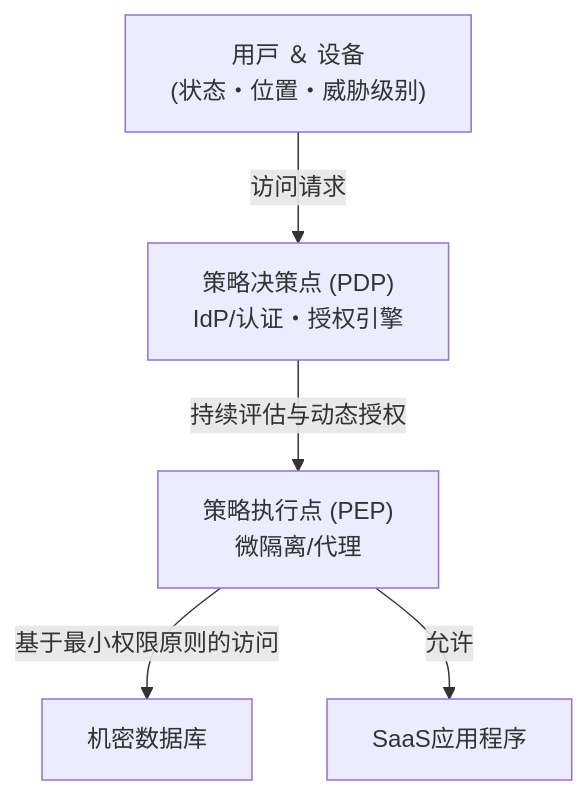
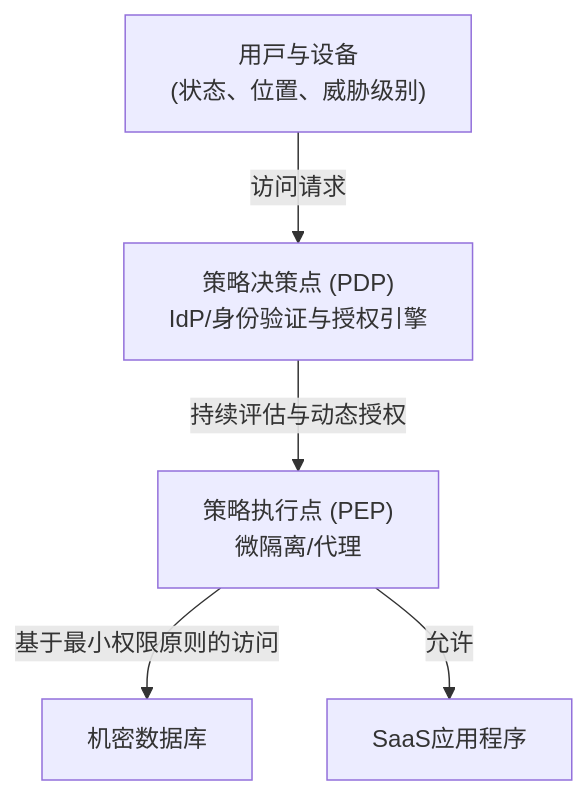
Before and after one commit to kenjinote/blog: diagram 15 of 18 in content/post/how-the-internet-works-comprehensive-guide/index.zh-cn.md, drawn with Mermaid. The commit also changed other lines of this file, not shown here.

````diff
--- a/content/post/how-the-internet-works-comprehensive-guide/index.zh-cn.md
+++ b/content/post/how-the-internet-works-comprehensive-guide/index.zh-cn.md
@@ -852,7 +901,7 @@
 ```mermaid
 graph TD
-    UserDevice["用户 ＆ 设备\n(状态・位置・威胁级别)"] -- "访问请求" --> PolicyDecision["策略决策点 (PDP)\nIdP/认证・授权引擎"]
+    UserDevice["用户与设备\n(状态、位置、威胁级别)"] -- "访问请求" --> PolicyDecision["策略决策点 (PDP)\nIdP/身份验证与授权引擎"]
     PolicyDecision -- "持续评估与动态授权" --> PolicyEnforcement["策略执行点 (PEP)\n微隔离/代理"]
     PolicyEnforcement -- "基于最小权限原则的访问" --> ResourceA["机密数据库"]
     PolicyEnforcement -- "允许" --> ResourceB["SaaS应用程序"]
 ```
````
